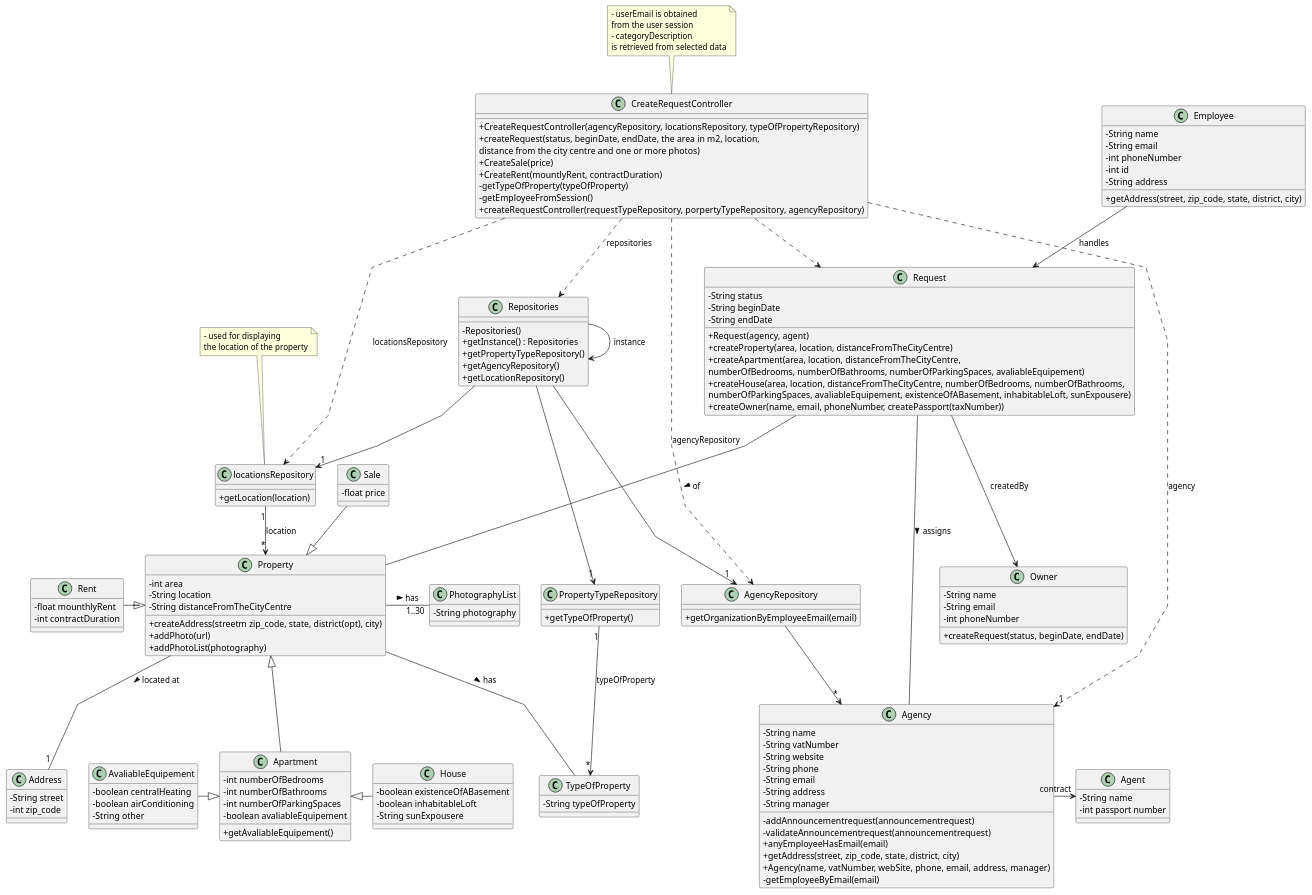
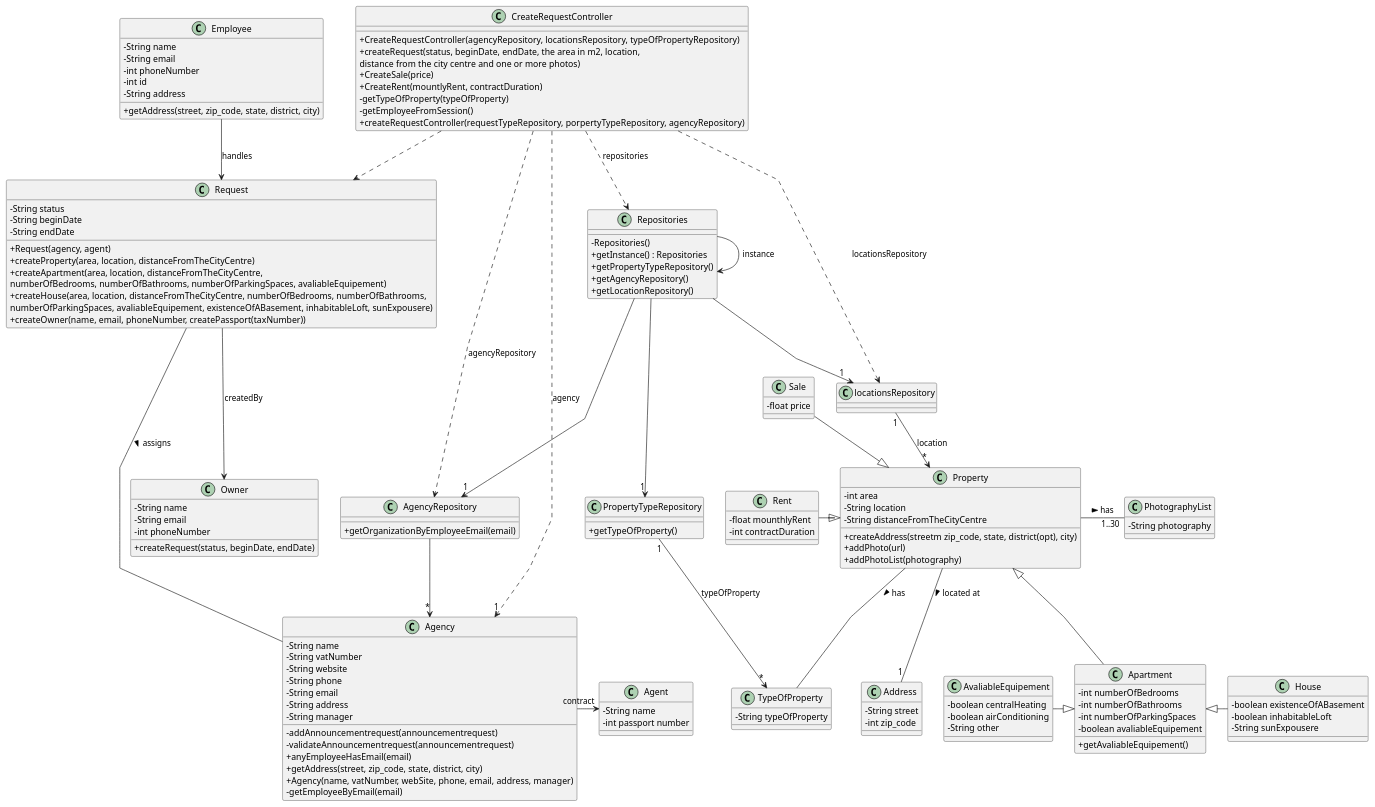
The diagram in docs/Sprint-B/US004/03.design/puml/us004-class-diagram.puml (Rodrick0209/ISEP-LAPR2-22-23), drawn with PlantUML before and after one commit. The commit also changed 3 other files, not shown here.

```diff
--- a/docs/Sprint-B/US004/03.design/puml/us004-class-diagram.puml
+++ b/docs/Sprint-B/US004/03.design/puml/us004-class-diagram.puml
@@ -54,9 +54,7 @@
 }
 
 
-class locationsRepository {
-    + getLocation(location)
-}
+
 
 class AgencyRepository {
     + getOrganizationByEmployeeEmail(email)
@@ -79,17 +77,7 @@
     - getEmployeeFromSession()
 }
 
-note top of CreateRequestController
-    - userEmail is obtained
-    from the user session
-    - categoryDescription
-    is retrieved from selected data
-end note
 
-note top of locationsRepository
-    - used for displaying
-    the location of the property
-end note
 
 class Owner{
     - String name
@@ -191,7 +179,6 @@
 Employee --> Request : handles
 
 Request ---> Owner : createdBy
-Request --- Property : of >
 Request --- Agency : assigns >
 
 Apartment  <|- House
```
